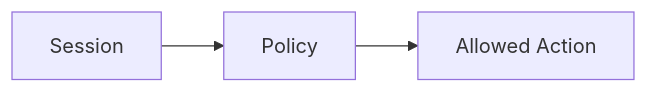
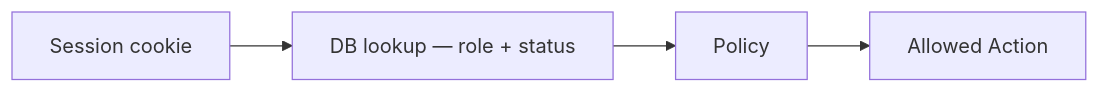
Before and after one commit to Shivayaagrawal/assetflow: the diagram in backend/engineering/permission-matrix.md, drawn with Mermaid. The commit also changed other lines of this file and 17 other files, not shown here.

First line of the commit message:
docs(auth): freeze architecture and document auth lifecycle + security

````diff
--- a/backend/engineering/permission-matrix.md
+++ b/backend/engineering/permission-matrix.md
@@ -3,5 +3,6 @@
 ```mermaid
 flowchart LR
-  Session --> Policy
+  Cookie["Session cookie"] --> DB["DB lookup — role + status"]
+  DB --> Policy
   Policy --> Action["Allowed Action"]
 ```
````
